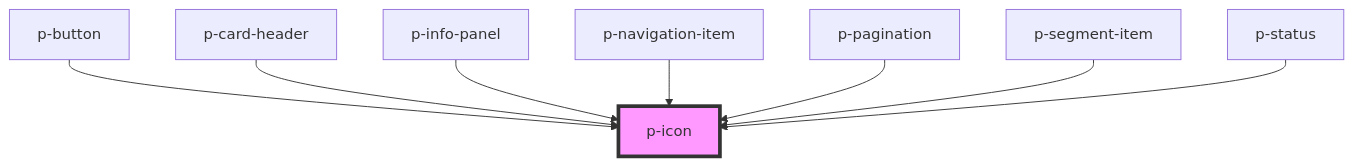
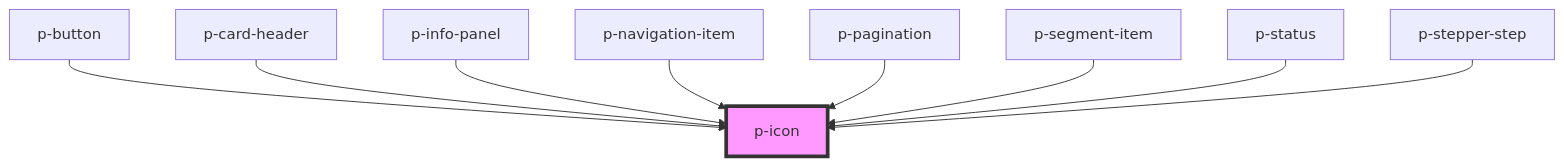
The diagram in packages/core/src/components/atoms/icon/readme.md (Employes/paperless), drawn with Mermaid before and after one commit. The commit also changed other lines of this file and 8 other files, not shown here.

Commit message:
feat(Atoms): Add stepper step component

````diff
--- a/packages/core/src/components/atoms/icon/readme.md
+++ b/packages/core/src/components/atoms/icon/readme.md
@@ -35,11 +36,12 @@
 ```mermaid
 graph TD;
   p-button --> p-icon
   p-card-header --> p-icon
   p-info-panel --> p-icon
   p-navigation-item --> p-icon
   p-pagination --> p-icon
   p-segment-item --> p-icon
   p-status --> p-icon
+  p-stepper-step --> p-icon
   style p-icon fill:#f9f,stroke:#333,stroke-width:4px
 ```
````
